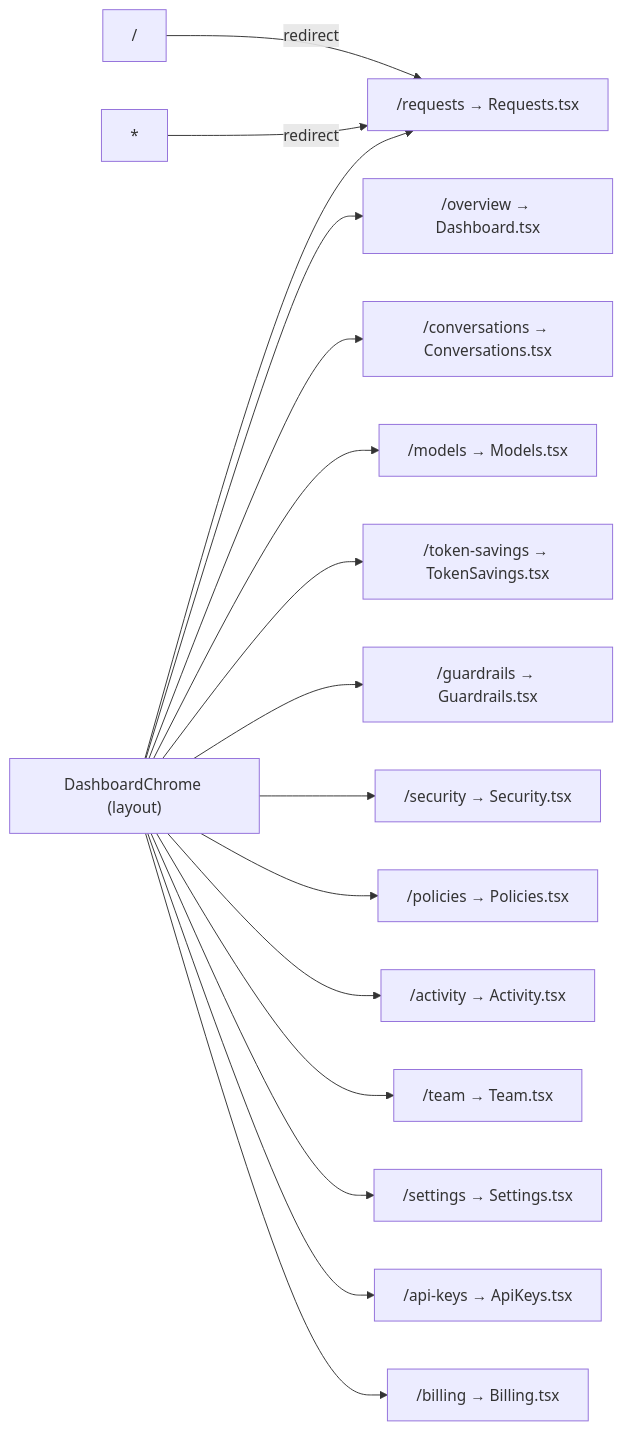
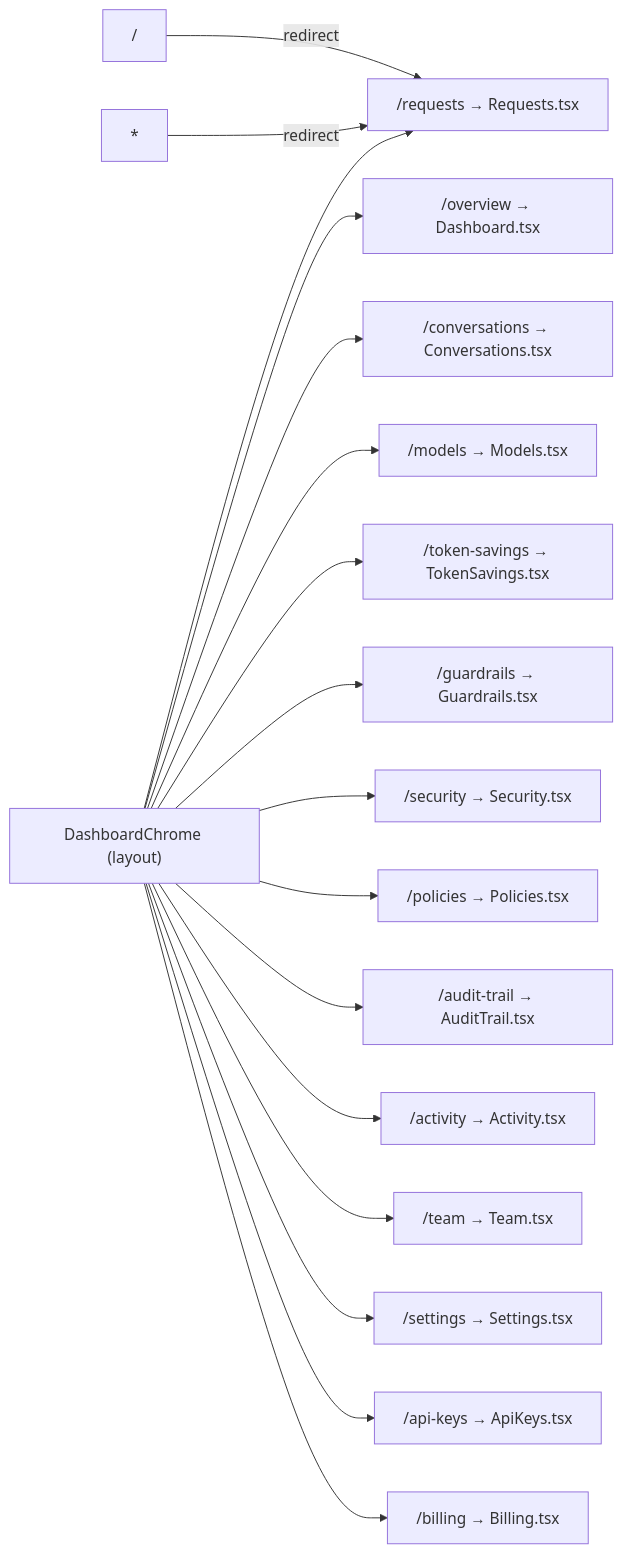
One commit to Neoneue/gate-ai-build changed the first of 4 diagrams in data-model.md. Above: the diagram before and after it, drawn with Mermaid. The commit also changed other lines of this file and 3 other files, not shown here.

First line of the commit message:
Audit Trail: stub page + activate nav entry

````diff
--- a/data-model.md
+++ b/data-model.md
@@ -31,21 +31,22 @@
 ```mermaid
 graph LR
     ROOT["/"] -->|redirect| REQ["/requests"]
     WILD["*"] -->|redirect| REQ
 
     LAYOUT["DashboardChrome (layout)"]
 
     LAYOUT --> OV["/overview → Dashboard.tsx"]
     LAYOUT --> REQ["/requests → Requests.tsx"]
     LAYOUT --> CONV["/conversations → Conversations.tsx"]
     LAYOUT --> MOD["/models → Models.tsx"]
     LAYOUT --> TOK["/token-savings → TokenSavings.tsx"]
     LAYOUT --> GRD["/guardrails → Guardrails.tsx"]
     LAYOUT --> SEC["/security → Security.tsx"]
     LAYOUT --> POL["/policies → Policies.tsx"]
+    LAYOUT --> AUD["/audit-trail → AuditTrail.tsx"]
     LAYOUT --> ACT["/activity → Activity.tsx"]
     LAYOUT --> TEAM["/team → Team.tsx"]
     LAYOUT --> SET["/settings → Settings.tsx"]
     LAYOUT --> KEYS["/api-keys → ApiKeys.tsx"]
     LAYOUT --> BILL["/billing → Billing.tsx"]
 ```
````
